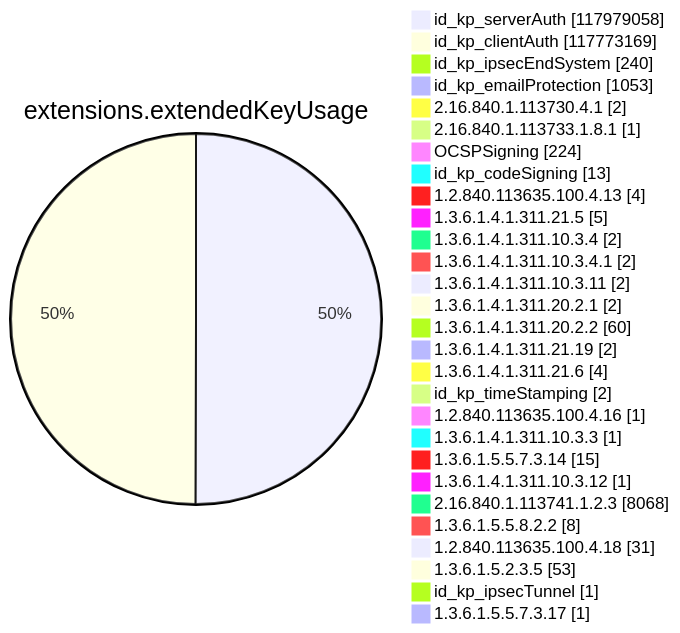
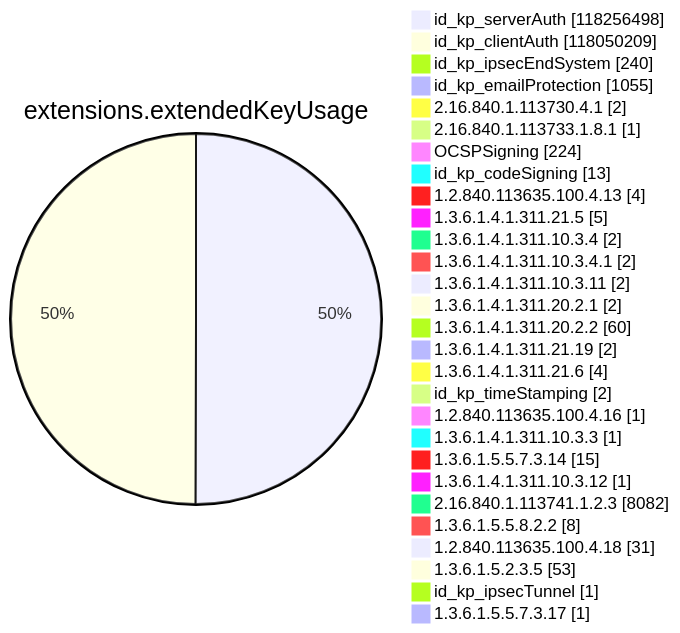
One commit to christiankrug/ctmonitor_visualization changed diagram 11 of 15 in argon2023/README.md. Above: the diagram before and after it, drawn with Mermaid. The commit also changed other lines of this file, not shown here.

````diff
--- a/argon2023/README.md
+++ b/argon2023/README.md
@@ -2674,32 +2683,32 @@
 ```mermaid
 pie showData
 title extensions.extendedKeyUsage
-"id_kp_serverAuth" :117979058
-"id_kp_clientAuth" :117773169
+"id_kp_serverAuth" :118256498
+"id_kp_clientAuth" :118050209
 "id_kp_ipsecEndSystem" :240
-"id_kp_emailProtection" :1053
+"id_kp_emailProtection" :1055
 "2.16.840.1.113730.4.1" :2
 "2.16.840.1.113733.1.8.1" :1
 "OCSPSigning" :224
 "id_kp_codeSigning" :13
 "1.2.840.113635.100.4.13" :4
 "1.3.6.1.4.1.311.21.5" :5
 "1.3.6.1.4.1.311.10.3.4" :2
 "1.3.6.1.4.1.311.10.3.4.1" :2
 "1.3.6.1.4.1.311.10.3.11" :2
 "1.3.6.1.4.1.311.20.2.1" :2
 "1.3.6.1.4.1.311.20.2.2" :60
 "1.3.6.1.4.1.311.21.19" :2
 "1.3.6.1.4.1.311.21.6" :4
 "id_kp_timeStamping" :2
 "1.2.840.113635.100.4.16" :1
 "1.3.6.1.4.1.311.10.3.3" :1
 "1.3.6.1.5.5.7.3.14" :15
 "1.3.6.1.4.1.311.10.3.12" :1
-"2.16.840.1.113741.1.2.3" :8068
+"2.16.840.1.113741.1.2.3" :8082
 "1.3.6.1.5.5.8.2.2" :8
 "1.2.840.113635.100.4.18" :31
 "1.3.6.1.5.2.3.5" :53
 "id_kp_ipsecTunnel" :1
 "1.3.6.1.5.5.7.3.17" :1
 ```
````
